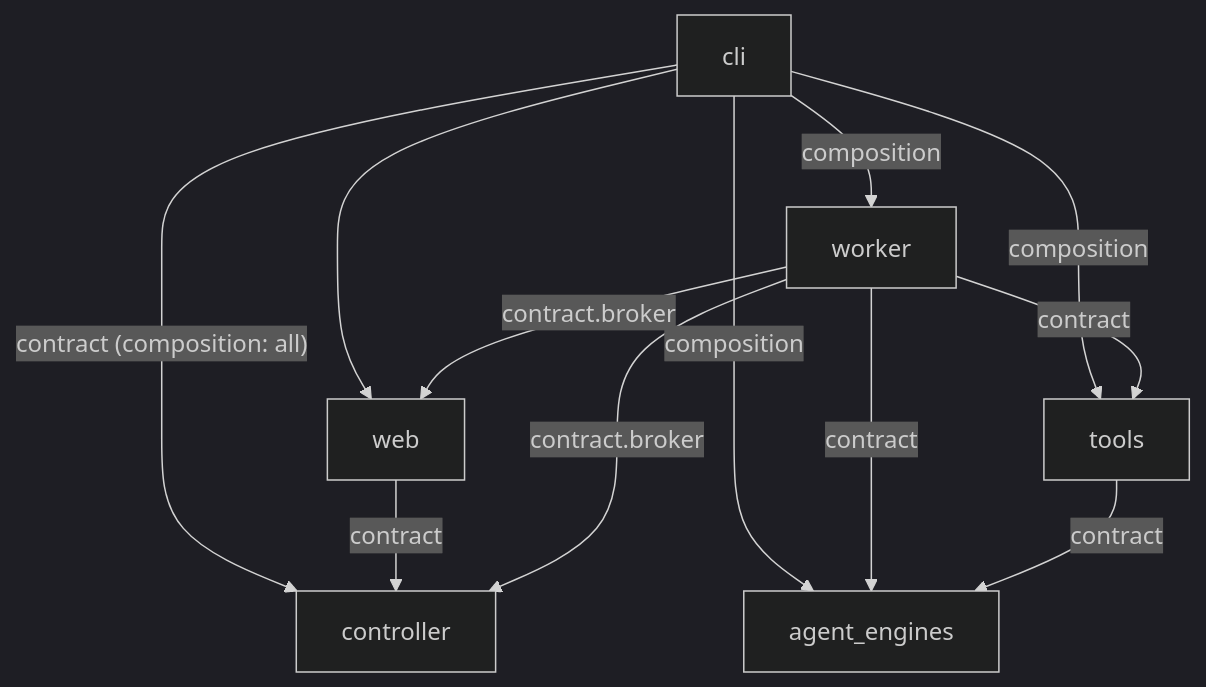
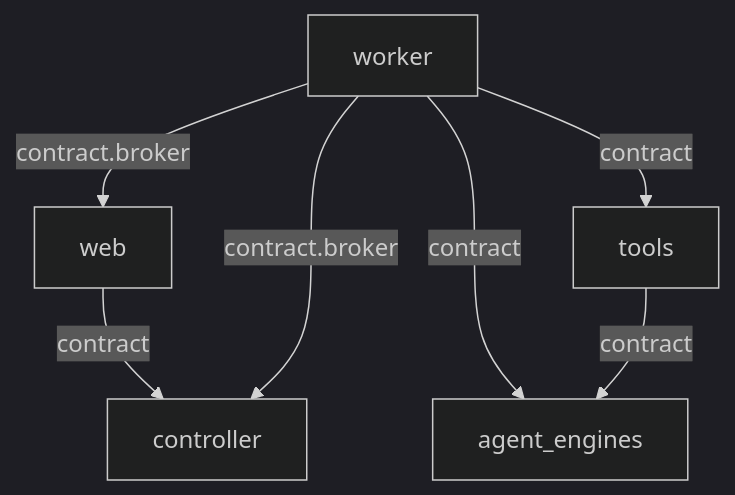
The diagram in docs/architecture/rules.md (open-shipyard/robinauts), drawn with Mermaid (dark theme) before and after one commit.

Commit message:
leave cli out of the top-level diagram
Claude-Session: https://claude.ai/code/session_01CQgVmgm91Bvjpo8gER9dpx

````diff
--- a/docs/architecture/rules.md
+++ b/docs/architecture/rules.md
@@ -17,14 +17,9 @@
 ```mermaid
 flowchart TD
-    cli --> web
-    cli -- "contract (composition: all)" --> controller
-    cli -- composition --> worker
-    cli -- composition --> tools
-    cli -- composition --> agent_engines
     web -- contract --> controller
     worker -- contract.broker --> controller
     worker -- contract.broker --> web
     worker -- contract --> tools
     worker -- contract --> agent_engines
     tools -- contract --> agent_engines
 ```
````
